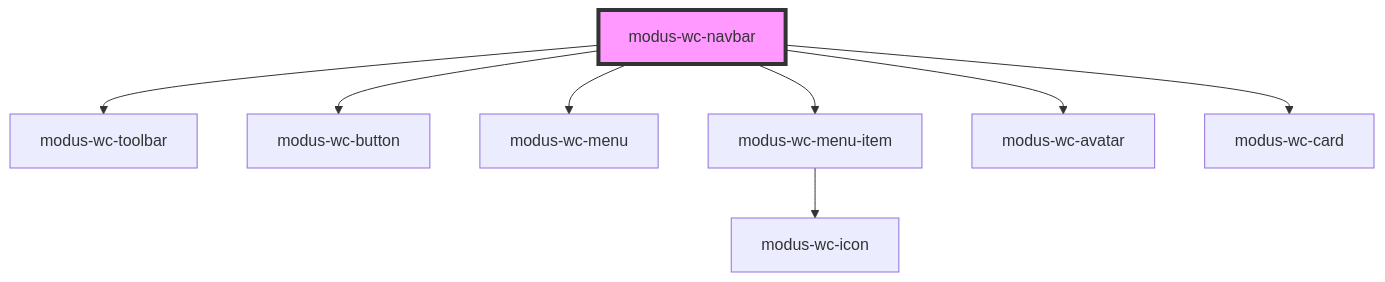
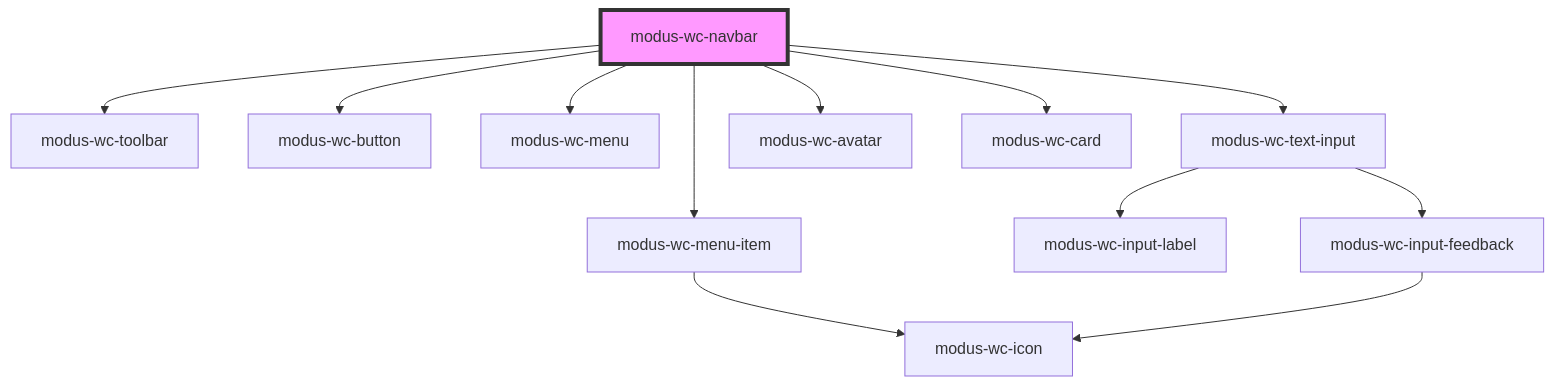
Before and after one commit to trimble-oss/modus-wc-2.0: the diagram in src/components/modus-wc-navbar/readme.md, drawn with Mermaid. The commit also changed other lines of this file and 7 other files, not shown here.

````diff
--- a/src/components/modus-wc-navbar/readme.md
+++ b/src/components/modus-wc-navbar/readme.md
@@ -48,11 +52,15 @@
 ```mermaid
 graph TD;
   modus-wc-navbar --> modus-wc-toolbar
   modus-wc-navbar --> modus-wc-button
   modus-wc-navbar --> modus-wc-menu
   modus-wc-navbar --> modus-wc-menu-item
+  modus-wc-navbar --> modus-wc-text-input
   modus-wc-navbar --> modus-wc-avatar
   modus-wc-navbar --> modus-wc-card
   modus-wc-menu-item --> modus-wc-icon
+  modus-wc-text-input --> modus-wc-input-label
+  modus-wc-text-input --> modus-wc-input-feedback
+  modus-wc-input-feedback --> modus-wc-icon
   style modus-wc-navbar fill:#f9f,stroke:#333,stroke-width:4px
 ```
````
